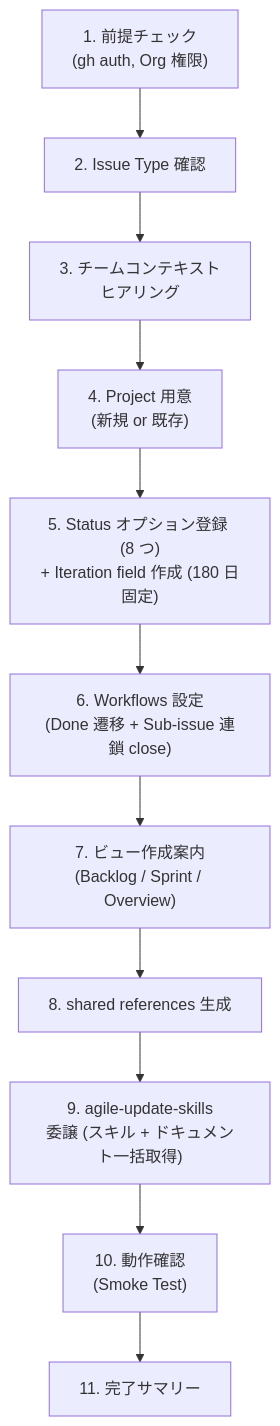
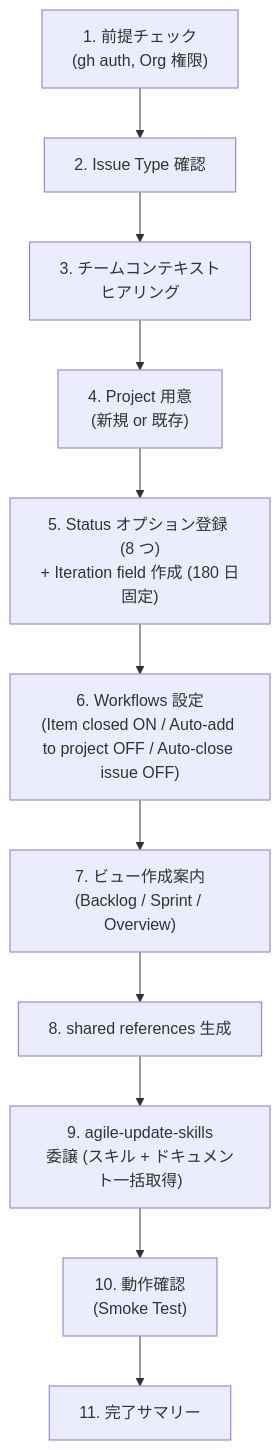
One commit to mrtry-lab/skills changed the diagram in skills/agile-setup-project/SKILL.md. Above: the diagram before and after it, drawn with Mermaid. The commit also changed other lines of this file and 6 other files, not shown here.

First line of the commit message:
fix: 新フロー (8 status / Auto-close OFF / Epic cascade close) の更新漏れを潰す

````diff
--- a/skills/agile-setup-project/SKILL.md
+++ b/skills/agile-setup-project/SKILL.md
@@ -34,16 +34,16 @@
 ```mermaid
 flowchart TB
   pre["1. 前提チェック\n(gh auth, Org 権限)"]
   it["2. Issue Type 確認"]
   ctx["3. チームコンテキスト\nヒアリング"]
   proj["4. Project 用意\n(新規 or 既存)"]
   status["5. Status オプション登録 (8 つ)\n+ Iteration field 作成 (180 日固定)"]
-  done["6. Workflows 設定\n(Done 遷移 + Sub-issue 連鎖 close)"]
+  done["6. Workflows 設定\n(Item closed ON / Auto-add to project OFF / Auto-close issue OFF)"]
   views["7. ビュー作成案内\n(Backlog / Sprint / Overview)"]
   refs["8. shared references 生成"]
   docs["9. agile-update-skills\n委譲 (スキル + ドキュメント一括取得)"]
   smoke["10. 動作確認\n(Smoke Test)"]
   summary["11. 完了サマリー"]
 
   pre --> it --> ctx --> proj --> status --> done --> views --> refs --> docs --> smoke --> summary
 ```
````
